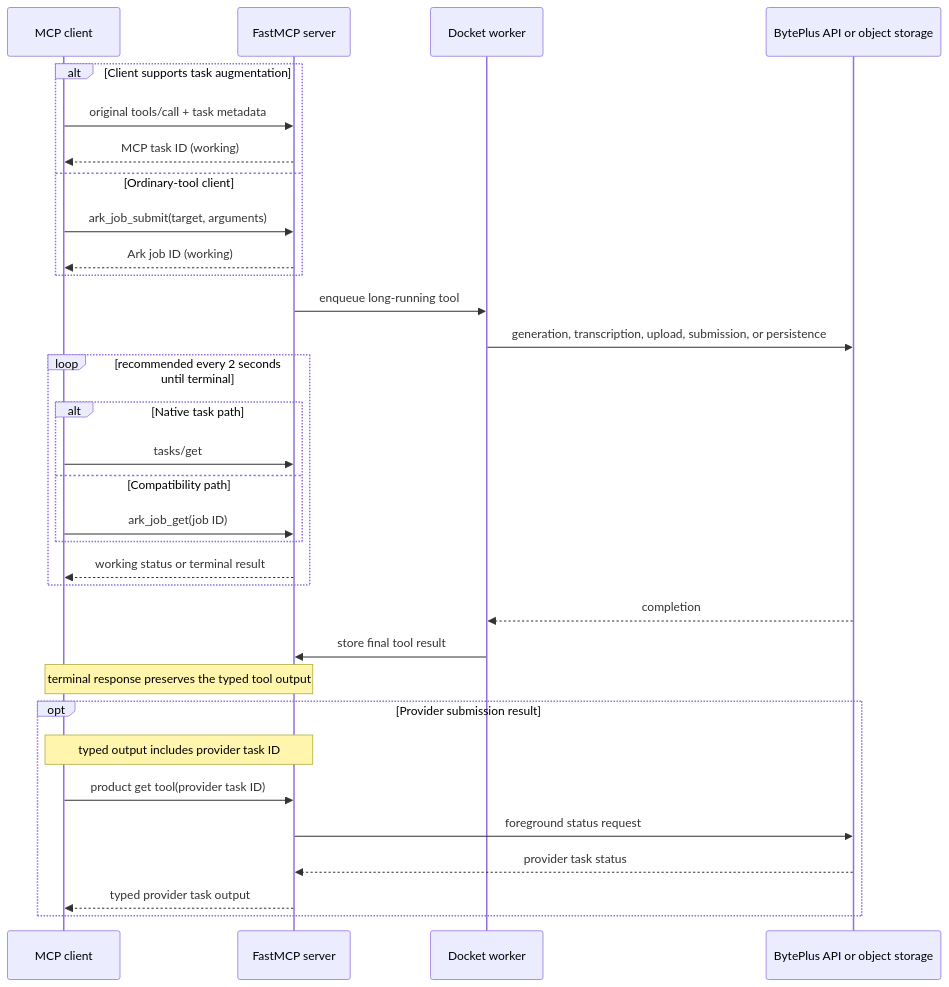
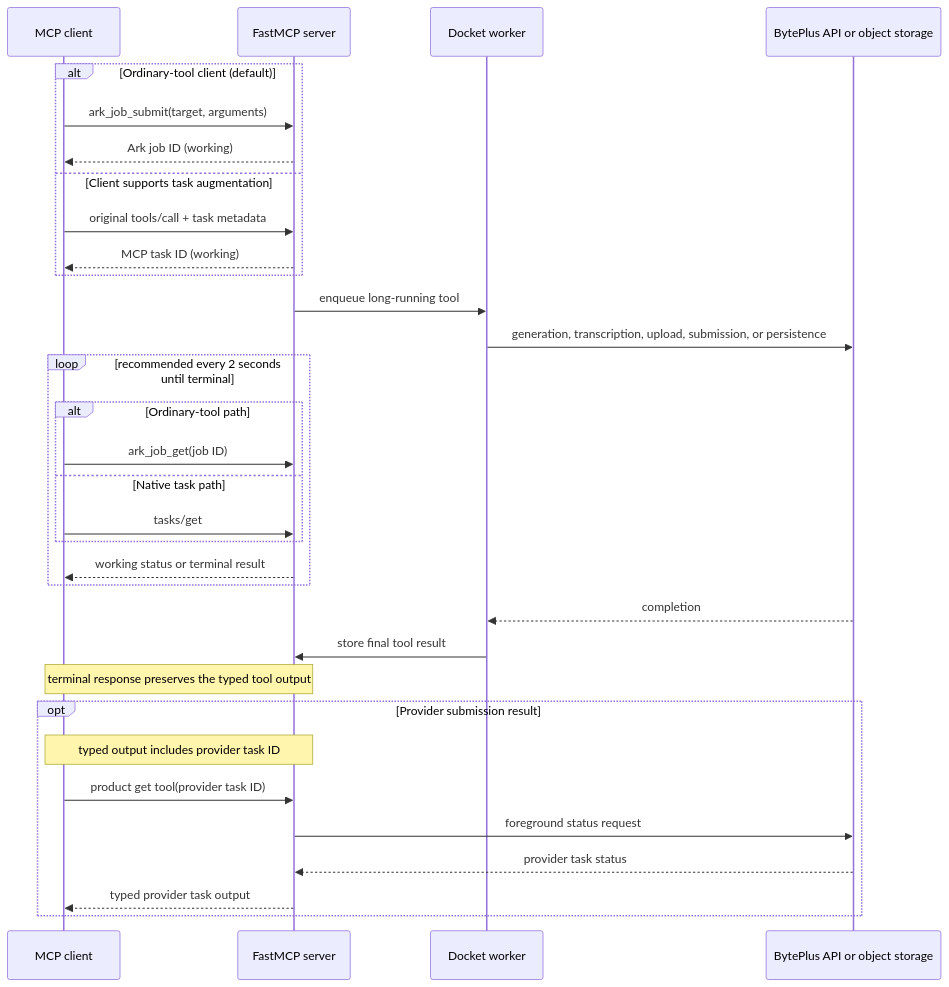
Before and after one commit to byteplus-sa/ark-mcp: the second of 4 diagrams in docs/architecture.md, drawn with Mermaid. The commit also changed other lines of this file and 13 other files, not shown here.

````diff
--- a/docs/architecture.md
+++ b/docs/architecture.md
@@ -124,34 +125,34 @@
 ```mermaid
 sequenceDiagram
     participant C as MCP client
     participant S as FastMCP server
     participant W as Docket worker
     participant A as BytePlus API or object storage
-    alt Client supports task augmentation
+    alt Ordinary-tool client (default)
+        C->>S: ark_job_submit(target, arguments)
+        S-->>C: Ark job ID (working)
+    else Client supports task augmentation
         C->>S: original tools/call + task metadata
         S-->>C: MCP task ID (working)
-    else Ordinary-tool client
-        C->>S: ark_job_submit(target, arguments)
-        S-->>C: Ark job ID (working)
     end
     S->>W: enqueue long-running tool
     W->>A: generation, transcription, upload, submission, or persistence
     loop recommended every 2 seconds until terminal
-        alt Native task path
+        alt Ordinary-tool path
+            C->>S: ark_job_get(job ID)
+        else Native task path
             C->>S: tasks/get
-        else Compatibility path
-            C->>S: ark_job_get(job ID)
         end
         S-->>C: working status or terminal result
     end
     A-->>W: completion
     W->>S: store final tool result
     Note over C,S: terminal response preserves the typed tool output
     opt Provider submission result
         Note over S,C: typed output includes provider task ID
         C->>S: product get tool(provider task ID)
         S->>A: foreground status request
         A-->>S: provider task status
         S-->>C: typed provider task output
     end
 ```
````
